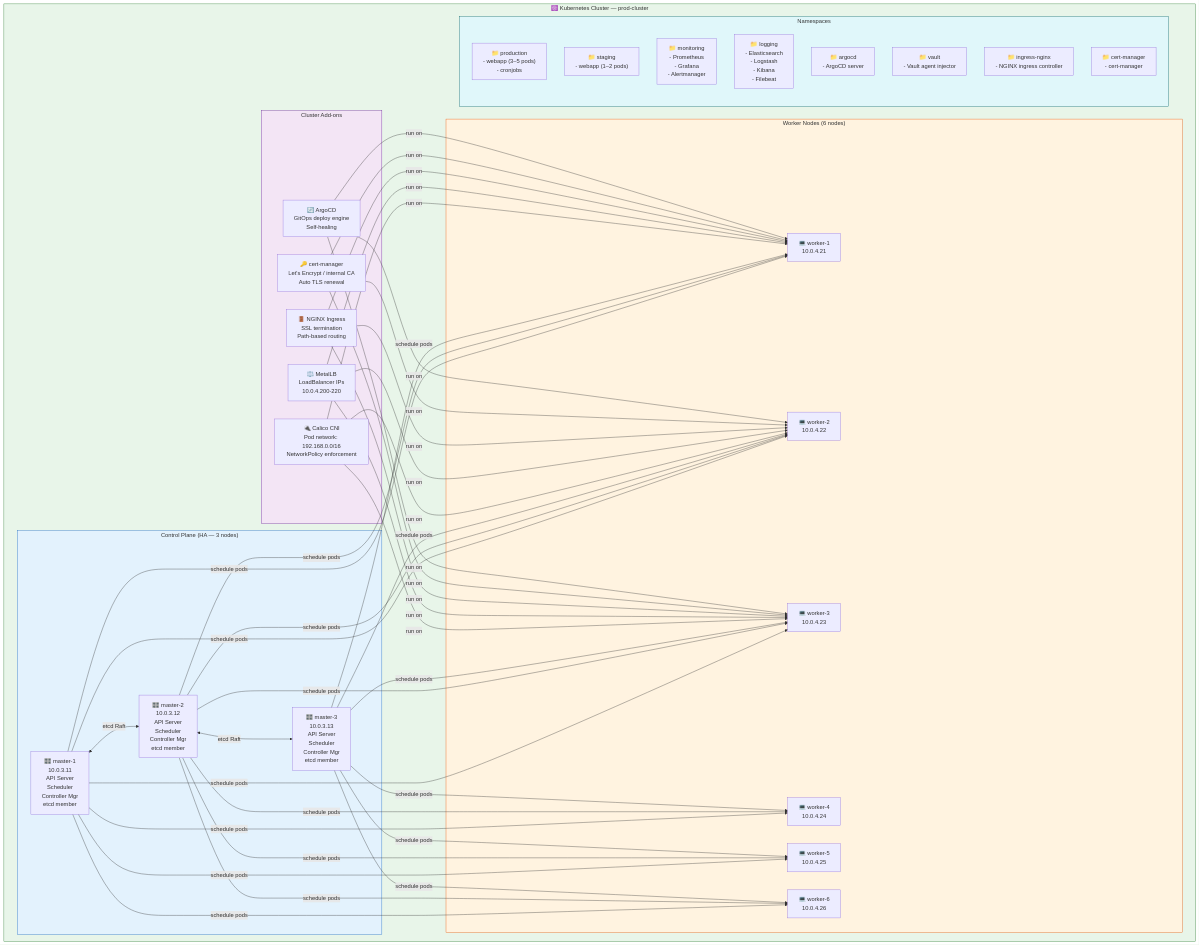
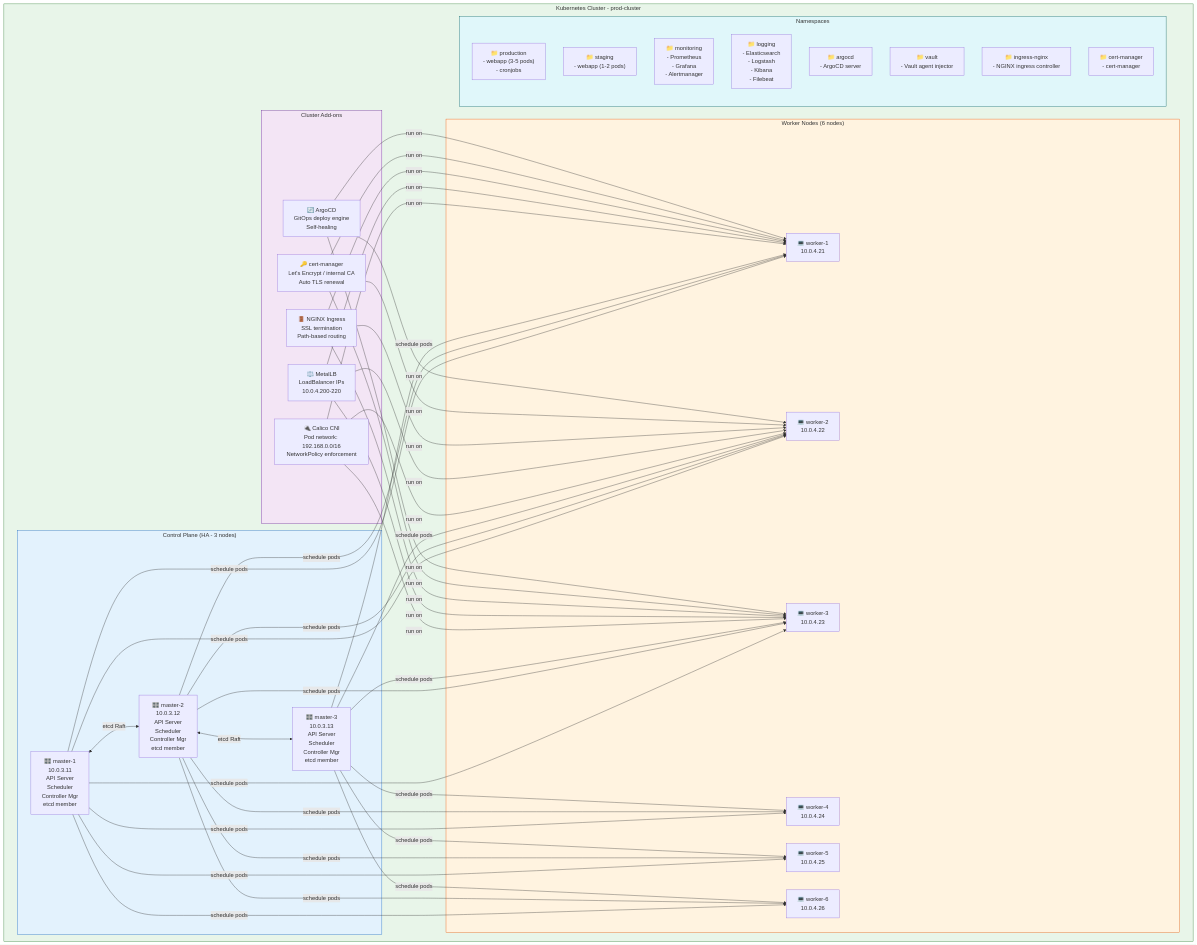
One commit to Shasi19/Azure-VxRail-VMware-Migration changed the diagram in docs/Volume-4-Kubernetes-Platform/01-Kubernetes-Setup-Guide.md. Above: the diagram before and after it, drawn with Mermaid. The commit also changed 7 other files, not shown here.

First line of the commit message:
Fix all remaining Mermaid render issues across all files

````diff
--- a/docs/Volume-4-Kubernetes-Platform/01-Kubernetes-Setup-Guide.md
+++ b/docs/Volume-4-Kubernetes-Platform/01-Kubernetes-Setup-Guide.md
@@ -8,48 +8,48 @@
 ```mermaid
 graph TB
-    subgraph CLUSTER["☸️ Kubernetes Cluster — prod-cluster"]
-        subgraph CP["Control Plane (HA — 3 nodes)"]
+    subgraph CLUSTER["Kubernetes Cluster  -  prod-cluster"]
+        subgraph CP["Control Plane (HA  -  3 nodes)"]
             CP1["🎛️ master-1\n10.0.3.11\nAPI Server\nScheduler\nController Mgr\netcd member"]
             CP2["🎛️ master-2\n10.0.3.12\nAPI Server\nScheduler\nController Mgr\netcd member"]
             CP3["🎛️ master-3\n10.0.3.13\nAPI Server\nScheduler\nController Mgr\netcd member"]
         end
 
         subgraph ADDONS["Cluster Add-ons"]
             CNI["🔌 Calico CNI\nPod network: 192.168.0.0/16\nNetworkPolicy enforcement"]
             MLB["⚖️ MetalLB\nLoadBalancer IPs\n10.0.4.200-220"]
             ING["🚪 NGINX Ingress\nSSL termination\nPath-based routing"]
             CERT["🔑 cert-manager\nLet's Encrypt / internal CA\nAuto TLS renewal"]
             ARGO["🔄 ArgoCD\nGitOps deploy engine\nSelf-healing"]
         end
 
         subgraph WORKERS["Worker Nodes (6 nodes)"]
             W1["💻 worker-1\n10.0.4.21"]
             W2["💻 worker-2\n10.0.4.22"]
             W3["💻 worker-3\n10.0.4.23"]
             W4["💻 worker-4\n10.0.4.24"]
             W5["💻 worker-5\n10.0.4.25"]
             W6["💻 worker-6\n10.0.4.26"]
         end
 
         subgraph NAMESPACES["Namespaces"]
-            NS1["📁 production\n- webapp (3–5 pods)\n- cronjobs"]
-            NS2["📁 staging\n- webapp (1–2 pods)"]
+            NS1["📁 production\n- webapp (3-5 pods)\n- cronjobs"]
+            NS2["📁 staging\n- webapp (1-2 pods)"]
             NS3["📁 monitoring\n- Prometheus\n- Grafana\n- Alertmanager"]
             NS4["📁 logging\n- Elasticsearch\n- Logstash\n- Kibana\n- Filebeat"]
             NS5["📁 argocd\n- ArgoCD server"]
             NS6["📁 vault\n- Vault agent injector"]
             NS7["📁 ingress-nginx\n- NGINX ingress controller"]
             NS8["📁 cert-manager\n- cert-manager"]
         end
     end
 
     CP1 <-->|etcd Raft| CP2 <-->|etcd Raft| CP3
     CP1 & CP2 & CP3 -->|schedule pods| W1 & W2 & W3 & W4 & W5 & W6
     CNI & MLB & ING & CERT & ARGO -->|run on| W1 & W2 & W3
 
     style CLUSTER fill:#e8f5e9,stroke:#2e7d32
     style CP fill:#e3f2fd,stroke:#1565c0
     style ADDONS fill:#f3e5f5,stroke:#6a1b9a
     style WORKERS fill:#fff3e0,stroke:#e65100
     style NAMESPACES fill:#e0f7fa,stroke:#006064
 ```
````
